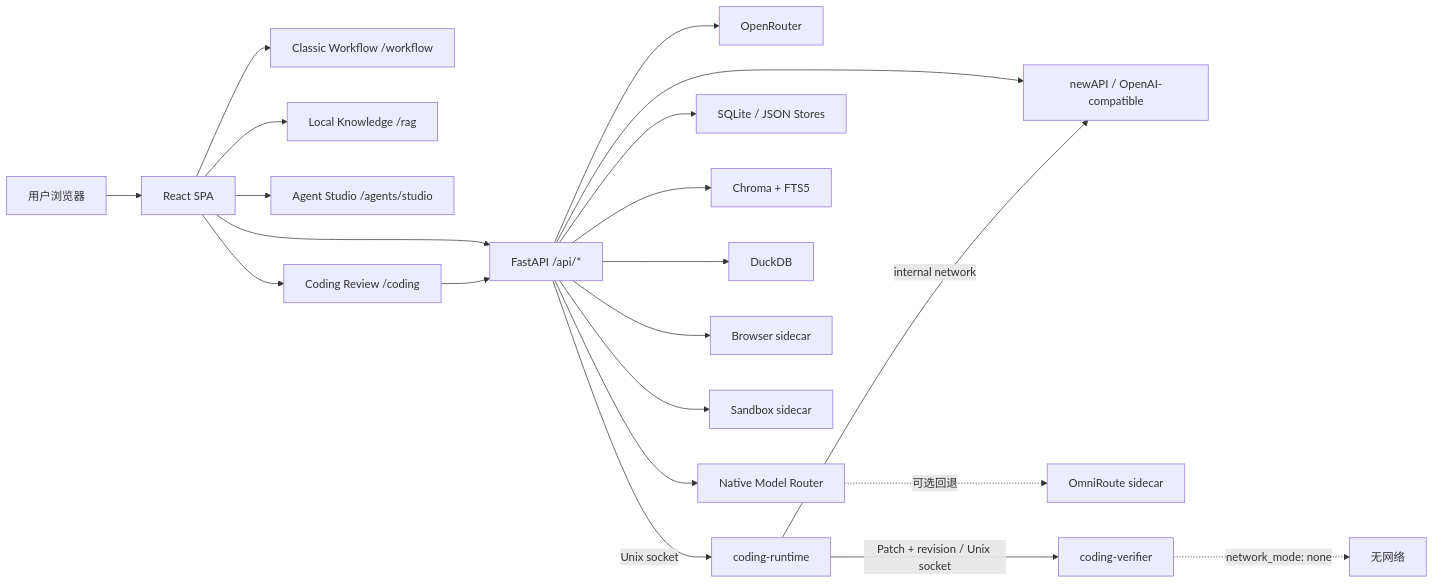
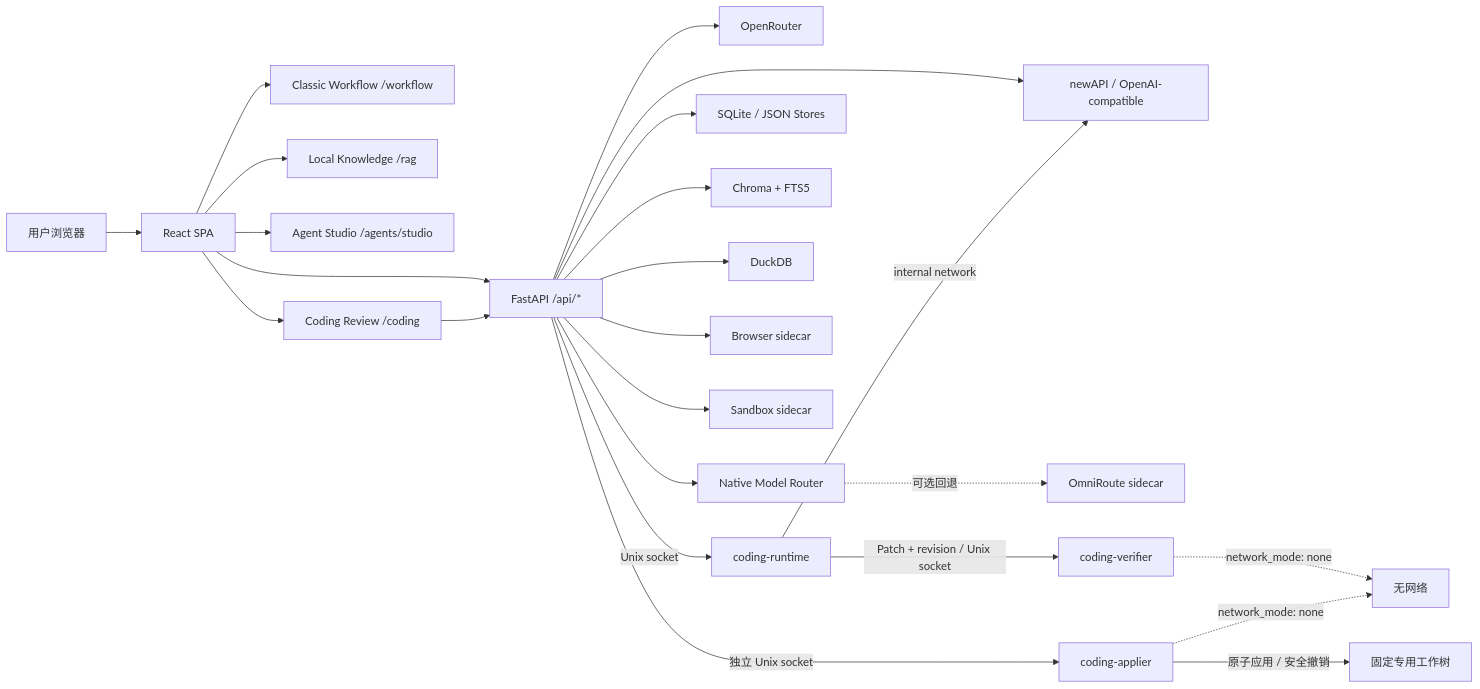
The first of 3 diagrams in docs/ARCHITECTURE.md (PinkElf-Elysia/ModelMirror), drawn with Mermaid before and after one commit. The commit also changed other lines of this file and 4 other files, not shown here.

````diff
--- a/docs/ARCHITECTURE.md
+++ b/docs/ARCHITECTURE.md
@@ -44,26 +45,29 @@
 ```mermaid
 flowchart LR
   U["用户浏览器"] --> SPA["React SPA"]
   SPA --> API["FastAPI /api/*"]
 
   SPA --> WF["Classic Workflow /workflow"]
   SPA --> RAG["Local Knowledge /rag"]
   SPA --> STUDIO["Agent Studio /agents/studio"]
   SPA --> CODING["Coding Review /coding"]
   CODING --> API
 
   API --> GW["newAPI / OpenAI-compatible"]
   API --> OR["OpenRouter"]
   API --> ROUTER["Native Model Router"]
   ROUTER -. "可选回退" .-> OMNI["OmniRoute sidecar"]
 
   API --> SQL["SQLite / JSON Stores"]
   API --> VECTOR["Chroma + FTS5"]
   API --> DX["DuckDB"]
   API --> BROWSER["Browser sidecar"]
   API --> SANDBOX["Sandbox sidecar"]
   API -->|"Unix socket"| CODER["coding-runtime"]
   CODER -->|"internal network"| GW
   CODER -->|"Patch + revision / Unix socket"| VERIFY["coding-verifier"]
   VERIFY -. "network_mode: none" .-> OFFLINE["无网络"]
+  API -->|"独立 Unix socket"| APPLY["coding-applier"]
+  APPLY -->|"原子应用 / 安全撤销"| TARGET["固定专用工作树"]
+  APPLY -. "network_mode: none" .-> OFFLINE
 ```
````
